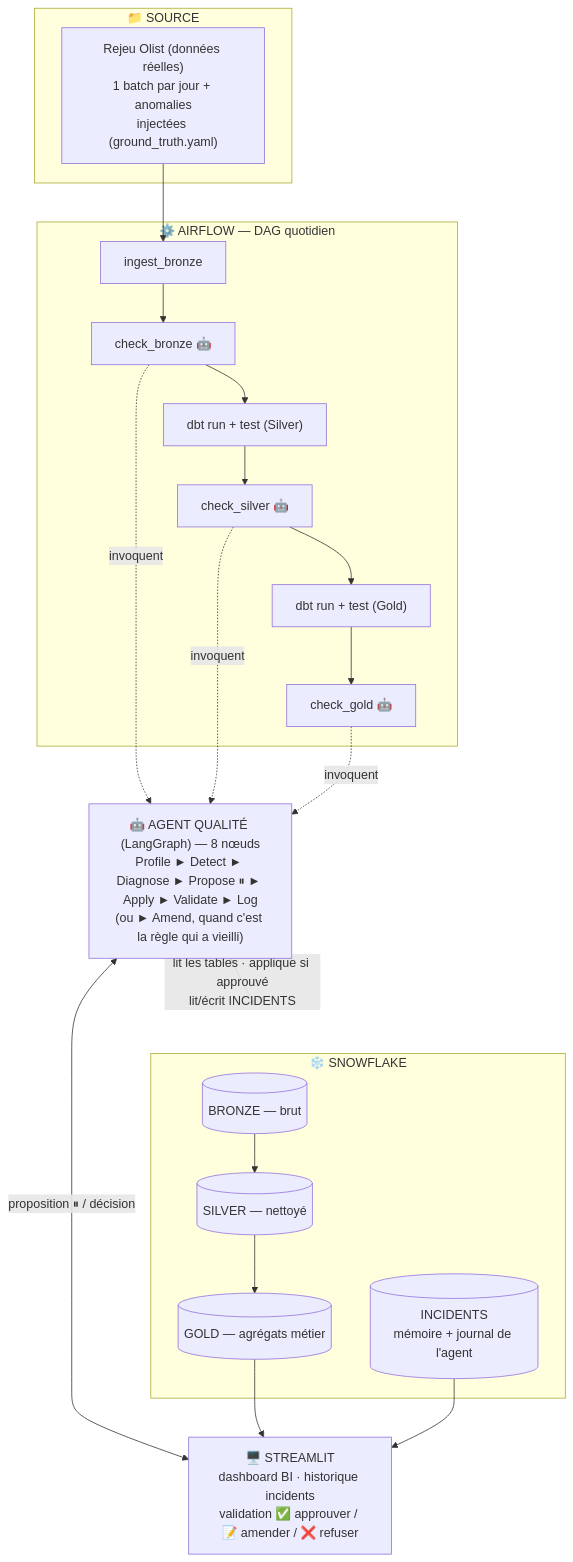
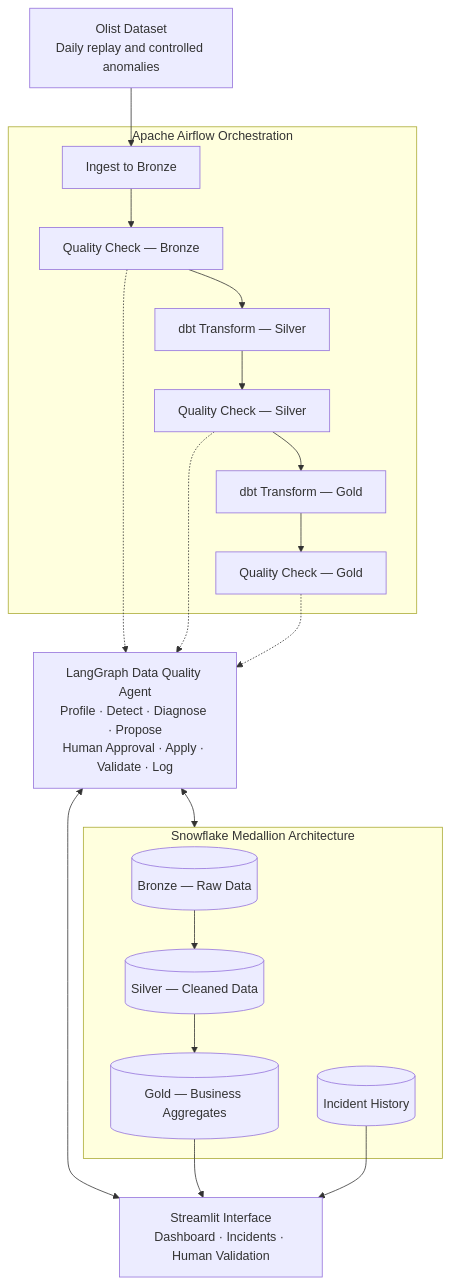
Before and after one commit to hodamounaouir/PFA: the diagram in README.md, drawn with Mermaid. The commit also changed other lines of this file, not shown here.

````diff
--- a/README.md
+++ b/README.md
@@ -80,28 +64,37 @@
 ```mermaid
-graph TB
-    subgraph SRC["📁 SOURCE"]
-        GEN["Rejeu Olist (données réelles)<br/>1 batch par jour + anomalies<br/>injectées (ground_truth.yaml)"]
+flowchart TB
+    SRC["Olist Dataset<br/>Daily replay and controlled anomalies"]
+
+    subgraph PIPELINE["Apache Airflow Orchestration"]
+        B["Ingest to Bronze"]
+        C["Quality Check — Bronze"]
+        S["dbt Transform — Silver"]
+        D["Quality Check — Silver"]
+        G["dbt Transform — Gold"]
+        E["Quality Check — Gold"]
+
+        B --> C --> S --> D --> G --> E
     end
 
-    subgraph AF["⚙️ AIRFLOW — DAG quotidien"]
-        T1["ingest_bronze"] --> T2["check_bronze 🤖"]
-        T2 --> T3["dbt run + test (Silver)"] --> T4["check_silver 🤖"]
-        T4 --> T5["dbt run + test (Gold)"] --> T6["check_gold 🤖"]
+    subgraph SF["Snowflake Medallion Architecture"]
+        BR[("Bronze — Raw Data")]
+        SI[("Silver — Cleaned Data")]
+        GO[("Gold — Business Aggregates")]
+        INC[("Incident History")]
+
+        BR --> SI --> GO
     end
 
-    subgraph SF["❄️ SNOWFLAKE"]
-        BR[("BRONZE — brut")] --> SI[("SILVER — nettoyé")] --> GO[("GOLD — agrégats métier")]
-        INC[("INCIDENTS<br/>mémoire + journal de l'agent")]
-    end
+    AG["LangGraph Data Quality Agent<br/>Profile · Detect · Diagnose · Propose<br/>Human Approval · Apply · Validate · Log"]
 
-    AG["🤖 AGENT QUALITÉ (LangGraph) — 8 nœuds<br/>Profile ► Detect ► Diagnose ► Propose ⏸ ► Apply ► Validate ► Log<br/>(ou ► Amend, quand c'est la règle qui a vieilli)"]
+    UI["Streamlit Interface<br/>Dashboard · Incidents · Human Validation"]
 
-    UI["🖥️ STREAMLIT<br/>dashboard BI · historique incidents<br/>validation ✅ approuver / 📝 amender / ❌ refuser"]
-
-    GEN --> T1
-    T2 & T4 & T6 -.->|invoquent| AG
-    AG <-->|"lit les tables · applique si approuvé<br/>lit/écrit INCIDENTS"| SF
-    AG <-->|"proposition ⏸ / décision"| UI
+    SRC --> B
+    C -.-> AG
+    D -.-> AG
+    E -.-> AG
+    AG <--> SF
+    AG <--> UI
     GO --> UI
     INC --> UI
 ```
````
